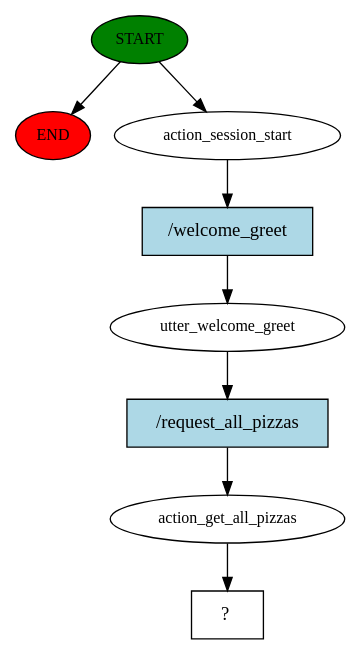
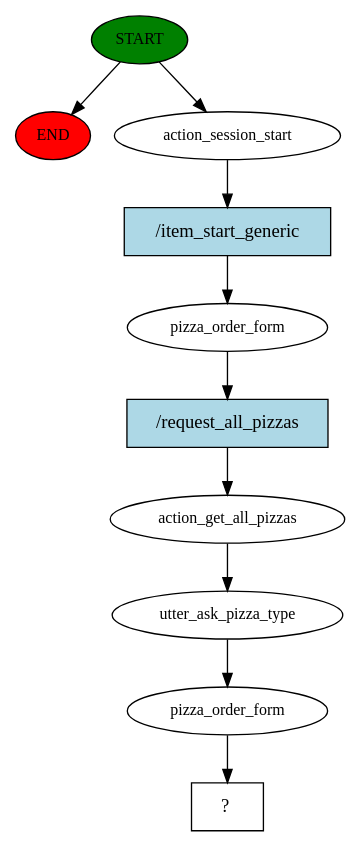
The diagram in story_graph.dot (pasterzewa/HMD-PizzaBot-project), drawn with Graphviz before and after one commit. The commit also changed 3 other files, not shown here.

```diff
--- a/story_graph.dot
+++ b/story_graph.dot
@@ -1,17 +1,21 @@
 digraph  {
 0 [class="start active", fillcolor=green, fontsize=12, label=START, style=filled];
 "-1" [class=end, fillcolor=red, fontsize=12, label=END, style=filled];
 1 [class=active, fontsize=12, label=action_session_start];
-2 [class=active, fontsize=12, label=utter_welcome_greet];
+2 [class=active, fontsize=12, label=pizza_order_form];
 3 [class=active, fontsize=12, label=action_get_all_pizzas];
-4 [class="intent dashed active", label="  ?  ", shape=rect];
-5 [class="intent active", fillcolor=lightblue, label="/welcome_greet", shape=rect, style=filled];
-6 [class="intent active", fillcolor=lightblue, label="/request_all_pizzas", shape=rect, style=filled];
+4 [class=active, fontsize=12, label=utter_ask_pizza_type];
+5 [class=active, fontsize=12, label=pizza_order_form];
+6 [class="intent dashed active", label="  ?  ", shape=rect];
+7 [class="intent active", fillcolor=lightblue, label="/item_start_generic", shape=rect, style=filled];
+8 [class="intent active", fillcolor=lightblue, label="/request_all_pizzas", shape=rect, style=filled];
 0 -> "-1"  [class="", key=NONE, label=""];
 0 -> 1  [class=active, key=NONE, label=""];
-1 -> 5  [class=active, key=0];
-2 -> 6  [class=active, key=0];
+1 -> 7  [class=active, key=0];
+2 -> 8  [class=active, key=0];
 3 -> 4  [class=active, key=NONE, label=""];
-5 -> 2  [class=active, key=0];
-6 -> 3  [class=active, key=0];
+4 -> 5  [class=active, key=NONE, label=""];
+5 -> 6  [class=active, key=NONE, label=""];
+7 -> 2  [class=active, key=0];
+8 -> 3  [class=active, key=0];
 }
```
